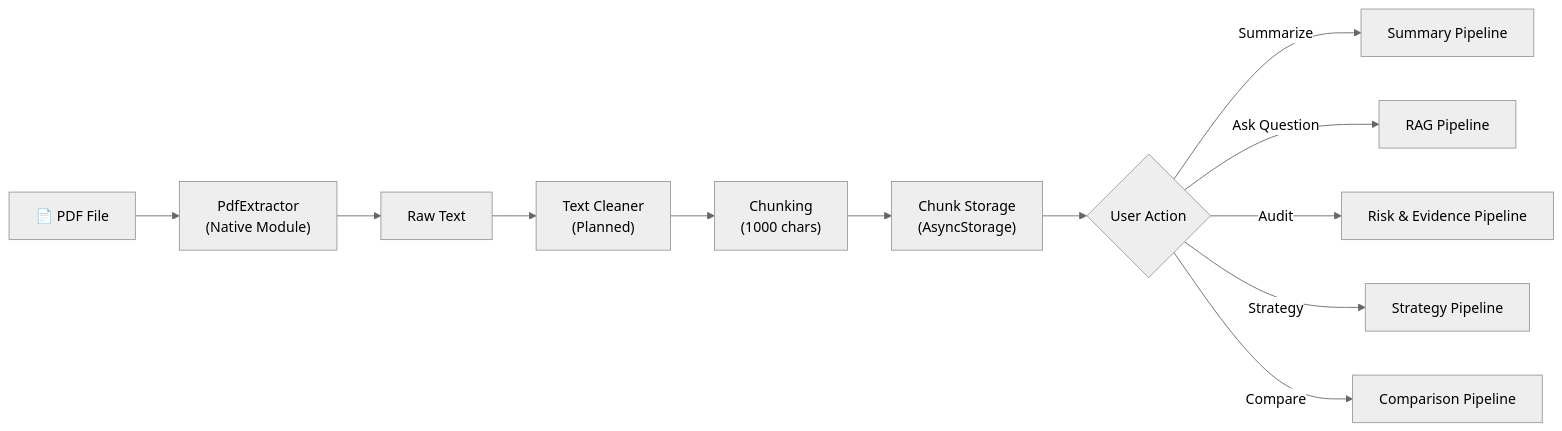
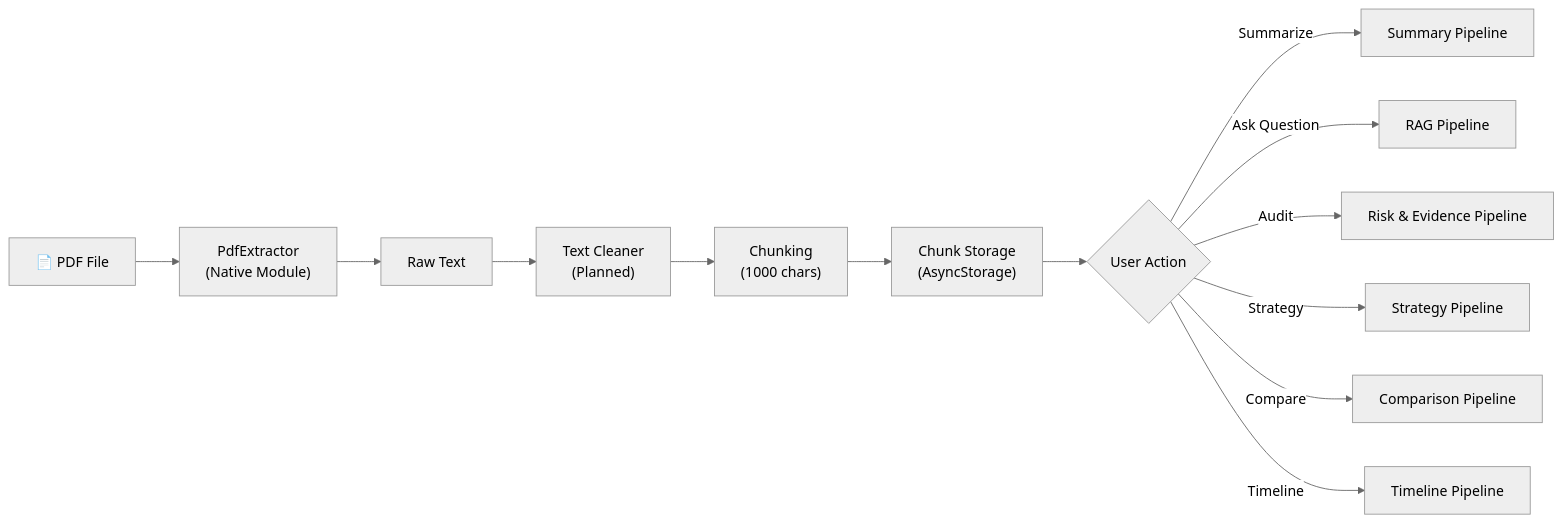
Before and after one commit to Nani040905/mobile-legal-ai-assistant: the first of 8 diagrams in docs/06-document-processing.md, drawn with Mermaid (neutral theme). The commit also changed other lines of this file and 3 other files, not shown here.

Commit message:
Docs: Update architecture documentation for Phase 19 Timeline Generator

````diff
--- a/docs/06-document-processing.md
+++ b/docs/06-document-processing.md
@@ -19,14 +19,15 @@
 ```mermaid
 flowchart LR
     A["📄 PDF File"] --> B["PdfExtractor\n(Native Module)"]
     B --> C["Raw Text"]
     C --> D["Text Cleaner\n(Planned)"]
     D --> E["Chunking\n(1000 chars)"]
     E --> F["Chunk Storage\n(AsyncStorage)"]
     F --> G{"User Action"}
     G -->|"Summarize"| H["Summary Pipeline"]
     G -->|"Ask Question"| I["RAG Pipeline"]
     G -->|"Audit"| J["Risk & Evidence Pipeline"]
     G -->|"Strategy"| K["Strategy Pipeline"]
     G -->|"Compare"| L["Comparison Pipeline"]
+    G -->|"Timeline"| M["Timeline Pipeline"]
 ```
````
